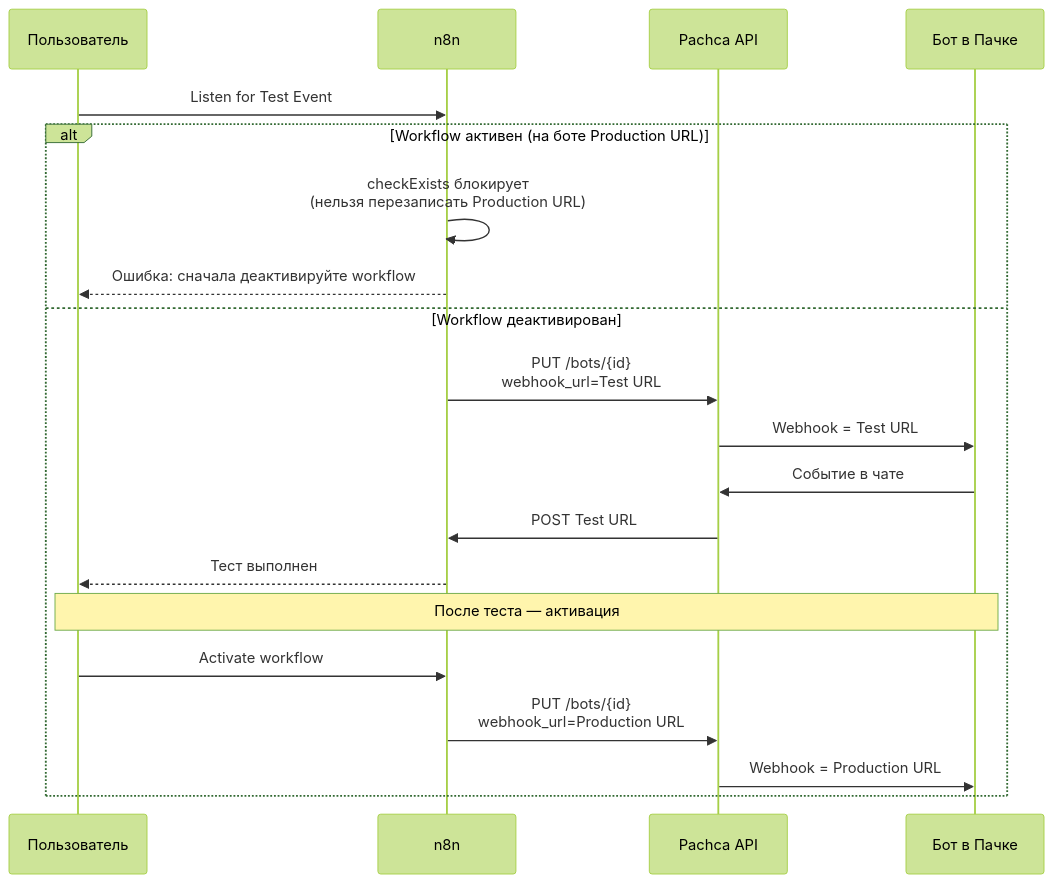
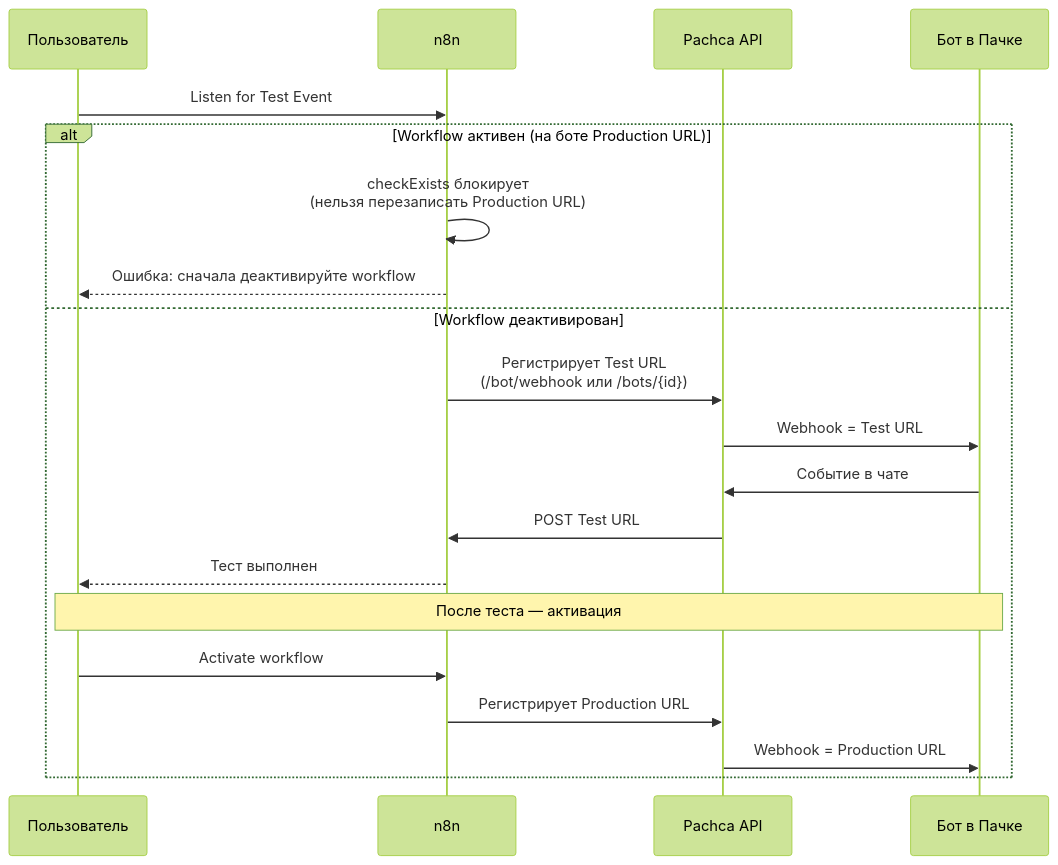
The diagram in apps/docs/public/guides/n8n/testing.md (pachca/openapi), drawn with Mermaid (forest theme) before and after one commit. The commit also changed other lines of this file and 153 other files, not shown here.

Commit message:
API-аудит 2026-06-16: скоупы ботов, PUT /bot/webhook, нейминг методов, n8n self-registration (#259)

````diff
--- a/apps/docs/public/guides/n8n/testing.md
+++ b/apps/docs/public/guides/n8n/testing.md
@@ -167,25 +167,25 @@
 ```mermaid
 sequenceDiagram
     participant User as Пользователь
     participant n8n
     participant Pachca as Pachca API
     participant Bot as Бот в Пачке
 
     User->>n8n: Listen for Test Event
 
     alt Workflow активен (на боте Production URL)
         n8n->>n8n: checkExists блокирует<br/>(нельзя перезаписать Production URL)
         n8n-->>User: Ошибка: сначала деактивируйте workflow
     else Workflow деактивирован
-        n8n->>Pachca: PUT /bots/{id}<br/>webhook_url=Test URL
+        n8n->>Pachca: Регистрирует Test URL<br/>(/bot/webhook или /bots/{id})
         Pachca->>Bot: Webhook = Test URL
         Bot->>Pachca: Событие в чате
         Pachca->>n8n: POST Test URL
         n8n-->>User: Тест выполнен
 
         Note over User,Bot: После теста — активация
         User->>n8n: Activate workflow
-        n8n->>Pachca: PUT /bots/{id}<br/>webhook_url=Production URL
+        n8n->>Pachca: Регистрирует Production URL
         Pachca->>Bot: Webhook = Production URL
     end
 ```
````
